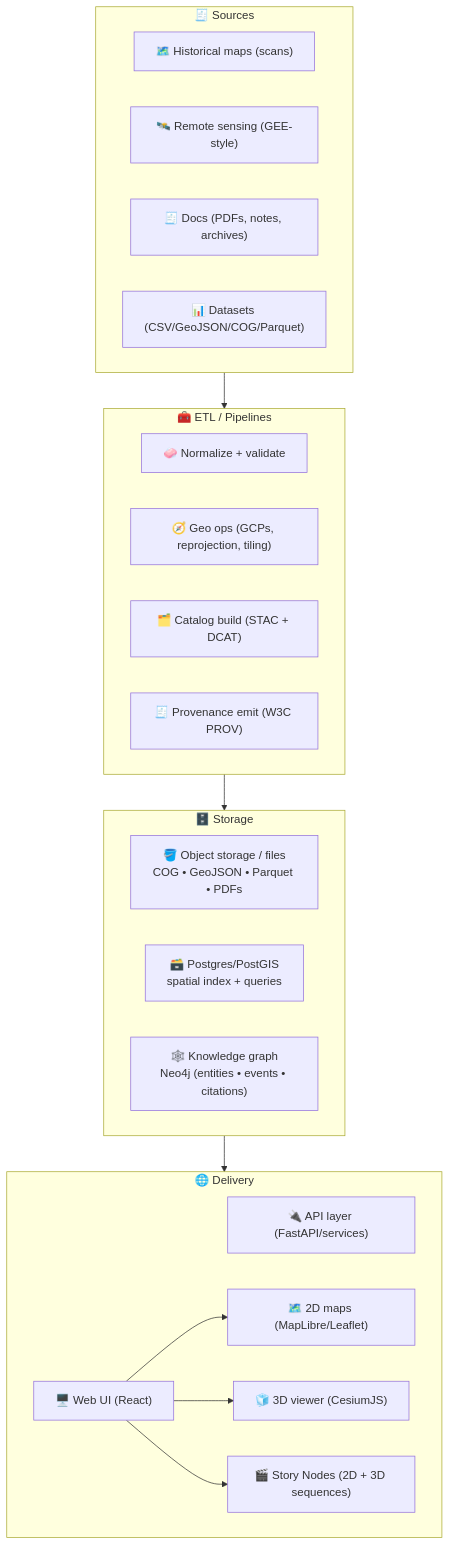
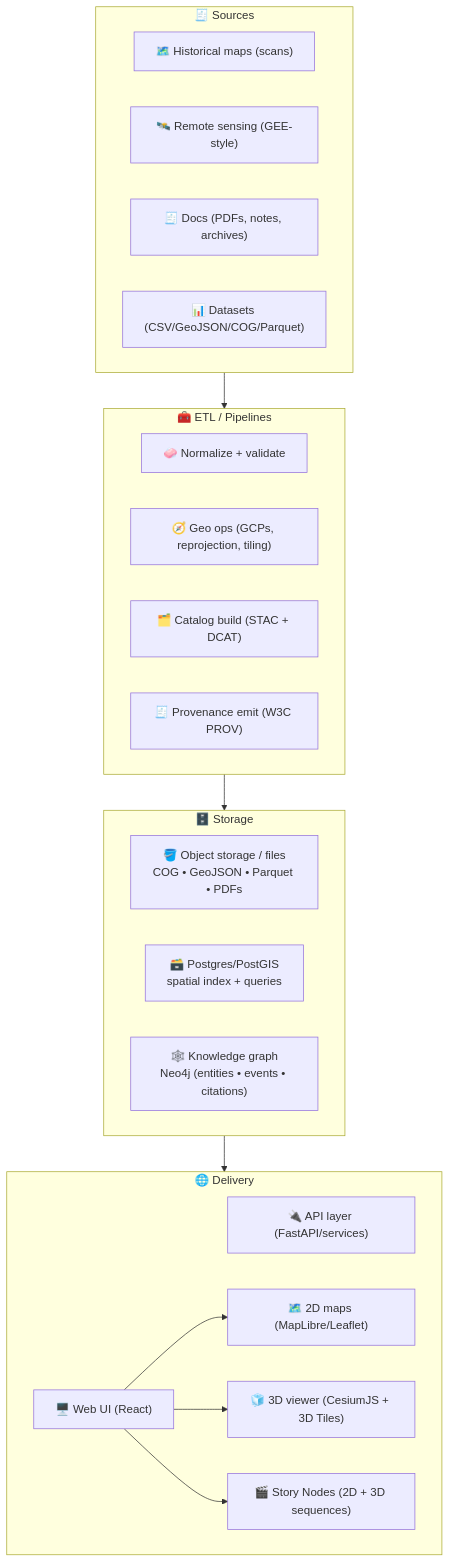
One commit to bartytime4life/Kansas-Frontier-Matrix changed the third of 4 diagrams in README.md. Above: the diagram before and after it, drawn with Mermaid. The commit also changed other lines of this file, not shown here.

````diff
--- a/README.md
+++ b/README.md
@@ -156,37 +178,37 @@
 ```mermaid
 flowchart TB
   subgraph Sources["🧾 Sources"]
     A["🗺️ Historical maps (scans)"]
     B["🛰️ Remote sensing (GEE-style)"]
     C["🧾 Docs (PDFs, notes, archives)"]
     D["📊 Datasets (CSV/GeoJSON/COG/Parquet)"]
   end
 
   subgraph Pipelines["🧰 ETL / Pipelines"]
     E["🧼 Normalize + validate"]
     F["🧭 Geo ops (GCPs, reprojection, tiling)"]
     G["🗂️ Catalog build (STAC + DCAT)"]
     H["🧾 Provenance emit (W3C PROV)"]
   end
 
   subgraph Storage["🗄️ Storage"]
     I["🪣 Object storage / files<br/>COG • GeoJSON • Parquet • PDFs"]
     J["🗃️ Postgres/PostGIS<br/>spatial index + queries"]
     K["🕸️ Knowledge graph<br/>Neo4j (entities • events • citations)"]
   end
 
   subgraph Delivery["🌐 Delivery"]
     L["🔌 API layer (FastAPI/services)"]
     M["🖥️ Web UI (React)"]
     N["🗺️ 2D maps (MapLibre/Leaflet)"]
-    O["🧊 3D viewer (CesiumJS)"]
+    O["🧊 3D viewer (CesiumJS + 3D Tiles)"]
     P["🎬 Story Nodes (2D + 3D sequences)"]
   end
 
   Sources --> Pipelines
   Pipelines --> Storage
   Storage --> Delivery
   M --> N
   M --> O
   M --> P
 ```
````
